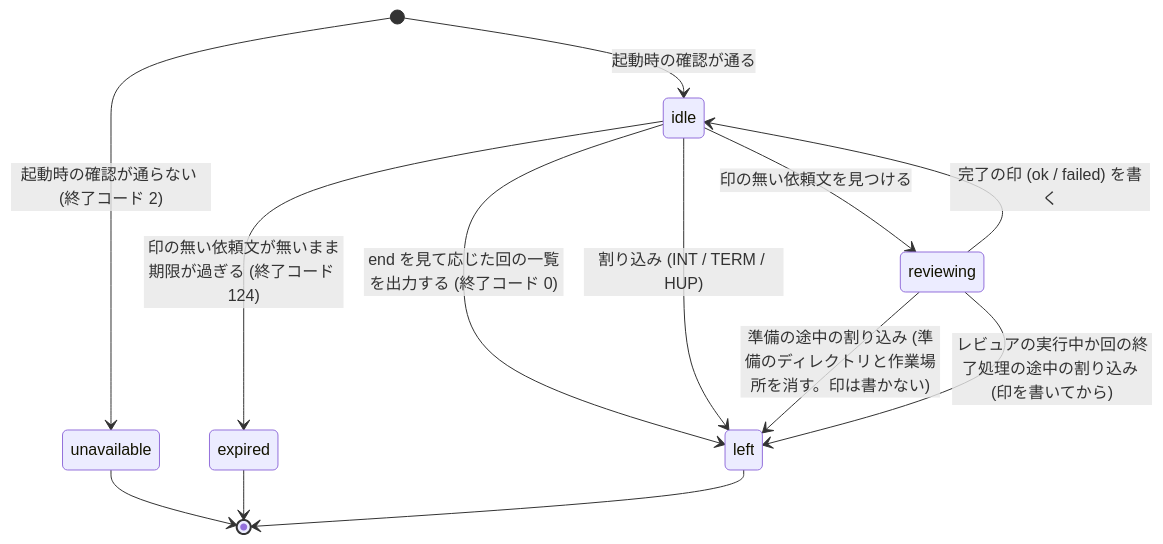
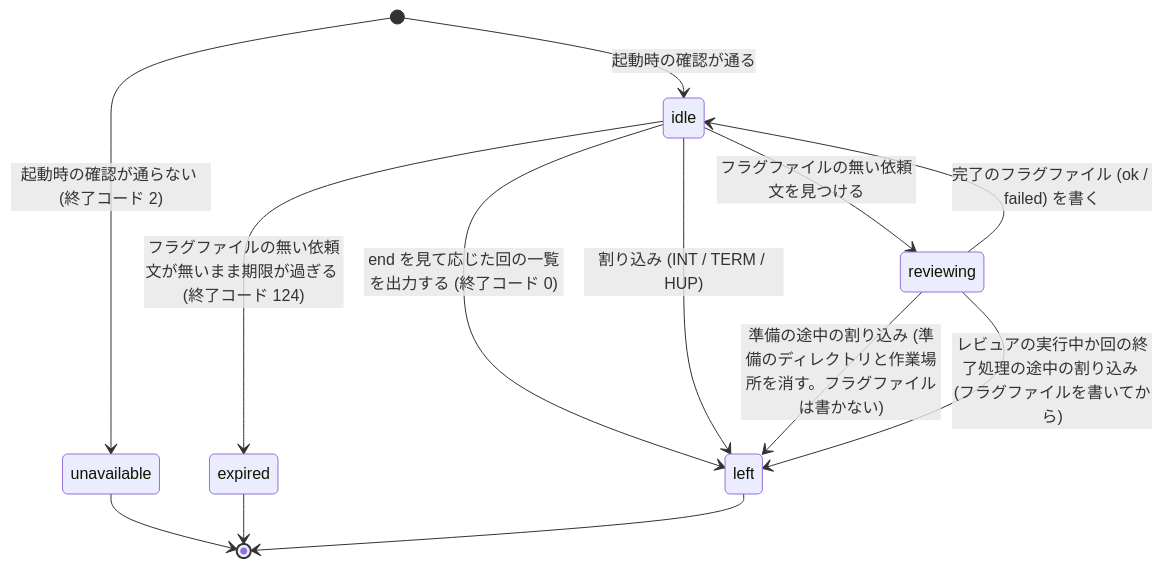
The diagram in review-triage/skills/review-loop/references/loop-files.md (akm/claude-plugins), drawn with Mermaid before and after one commit. The commit also changed other lines of this file and 15 other files, not shown here.

````diff
--- a/review-triage/skills/review-loop/references/loop-files.md
+++ b/review-triage/skills/review-loop/references/loop-files.md
@@ -144,15 +144,15 @@
 ```mermaid
 stateDiagram-v2
   [*] --> unavailable: 起動時の確認が通らない (終了コード 2)
   [*] --> idle: 起動時の確認が通る
-  idle --> reviewing: 印の無い依頼文を見つける
-  reviewing --> idle: 完了の印 (ok / failed) を書く
-  idle --> expired: 印の無い依頼文が無いまま期限が過ぎる (終了コード 124)
+  idle --> reviewing: フラグファイルの無い依頼文を見つける
+  reviewing --> idle: 完了のフラグファイル (ok / failed) を書く
+  idle --> expired: フラグファイルの無い依頼文が無いまま期限が過ぎる (終了コード 124)
   idle --> left: end を見て応じた回の一覧を出力する (終了コード 0)
   idle --> left: 割り込み (INT / TERM / HUP)
-  reviewing --> left: 準備の途中の割り込み (準備のディレクトリと作業場所を消す。印は書かない)
-  reviewing --> left: レビュアの実行中か回の終了処理の途中の割り込み (印を書いてから)
+  reviewing --> left: 準備の途中の割り込み (準備のディレクトリと作業場所を消す。フラグファイルは書かない)
+  reviewing --> left: レビュアの実行中か回の終了処理の途中の割り込み (フラグファイルを書いてから)
   unavailable --> [*]
   expired --> [*]
   left --> [*]
 ```
````
